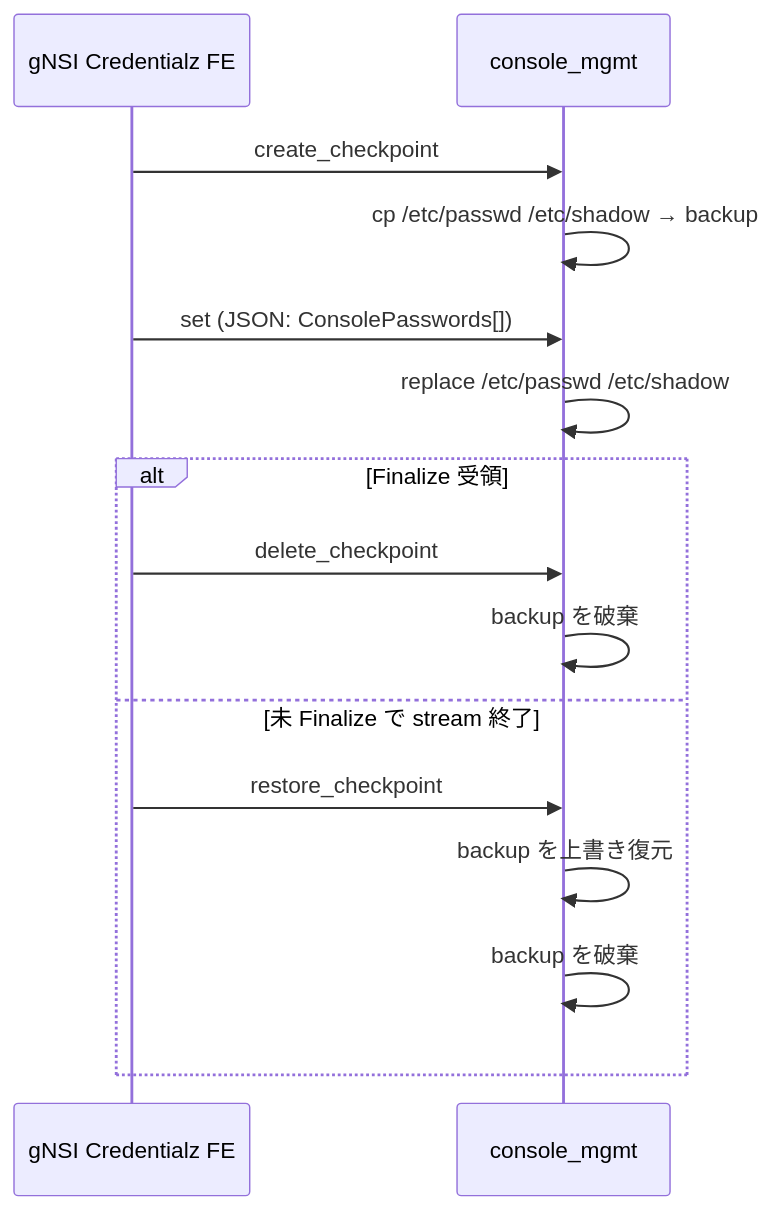
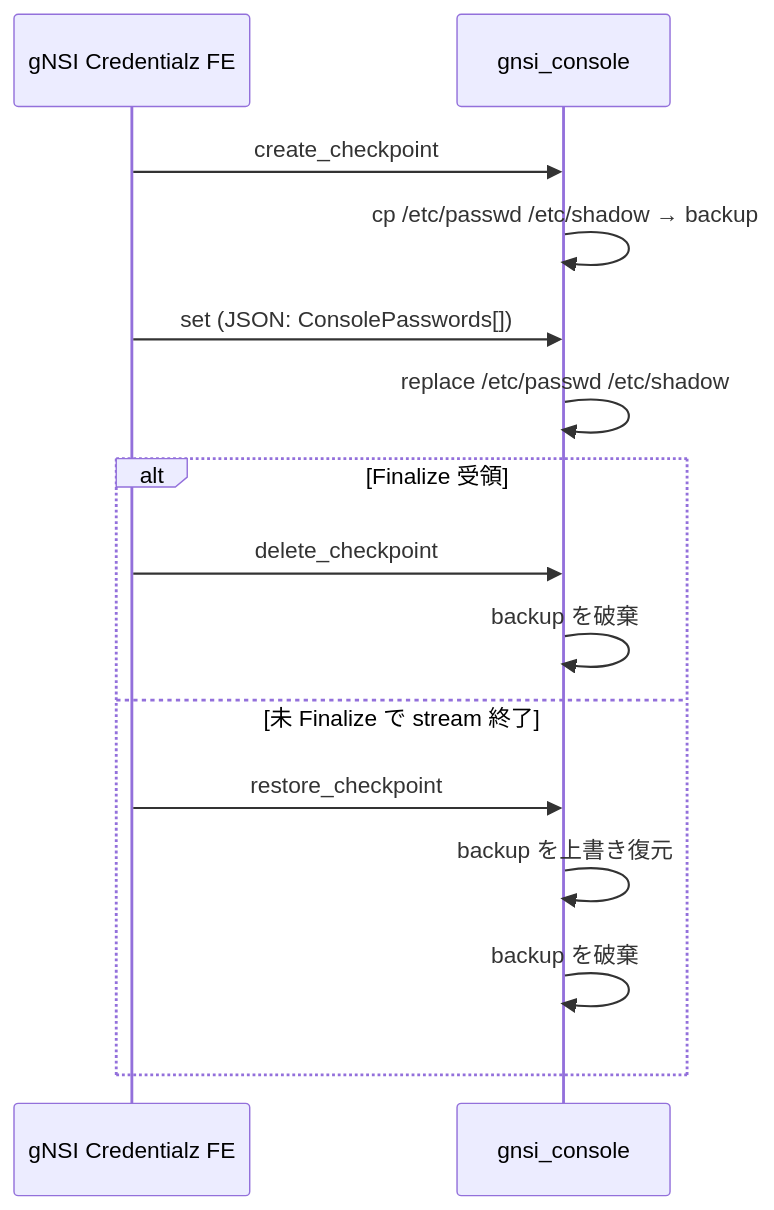
The diagram in docs/management/gnsi-hld-internals.md (aoki-taquan/sonic-unofficial-docs), drawn with Mermaid before and after one commit. The commit also changed other lines of this file and 17 other files, not shown here.

````diff
--- a/docs/management/gnsi-hld-internals.md
+++ b/docs/management/gnsi-hld-internals.md
@@ -77,17 +77,17 @@
 ```mermaid
 sequenceDiagram
     participant FE as gNSI Credentialz FE
-    participant HS as console_mgmt
+    participant HS as gnsi_console
     FE->>HS: create_checkpoint
     HS->>HS: cp /etc/passwd /etc/shadow → backup
     FE->>HS: set (JSON: ConsolePasswords[])
     HS->>HS: replace /etc/passwd /etc/shadow
     alt Finalize 受領
         FE->>HS: delete_checkpoint
         HS->>HS: backup を破棄
     else 未 Finalize で stream 終了
         FE->>HS: restore_checkpoint
         HS->>HS: backup を上書き復元
         HS->>HS: backup を破棄
     end
 ```
````
